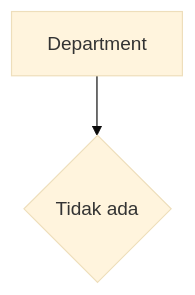
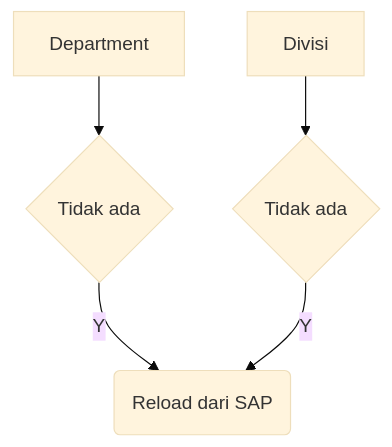
The sixth of 6 diagrams in cnw_je_doc.md (andyut/cnw_doc), drawn with Mermaid (base theme) before and after one commit. The commit also changed other lines of this file, not shown here.

````diff
--- a/cnw_je_doc.md
+++ b/cnw_je_doc.md
@@ -146,5 +146,8 @@
 ```mermaid
 graph TD
 A[Department] --> B{Tidak ada}
-B
+B -->|Y| C(Reload dari SAP)
+
+D[Divisi] --> B1{Tidak ada}
+B1 -->|Y| C(Reload dari SAP)
 ```
````
